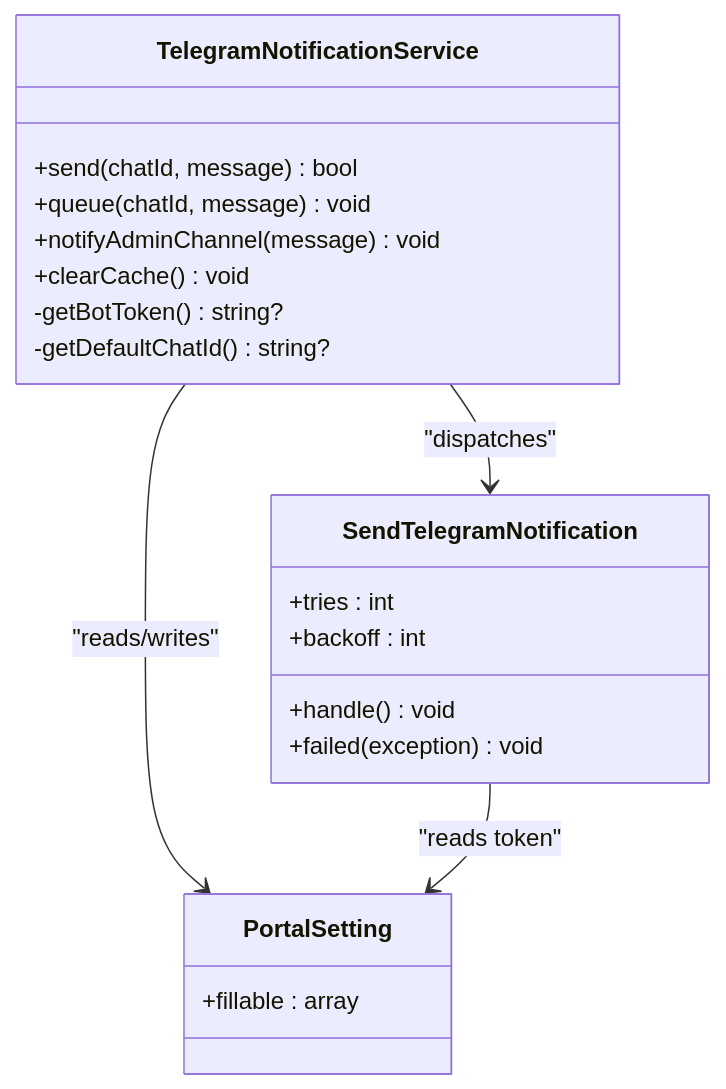
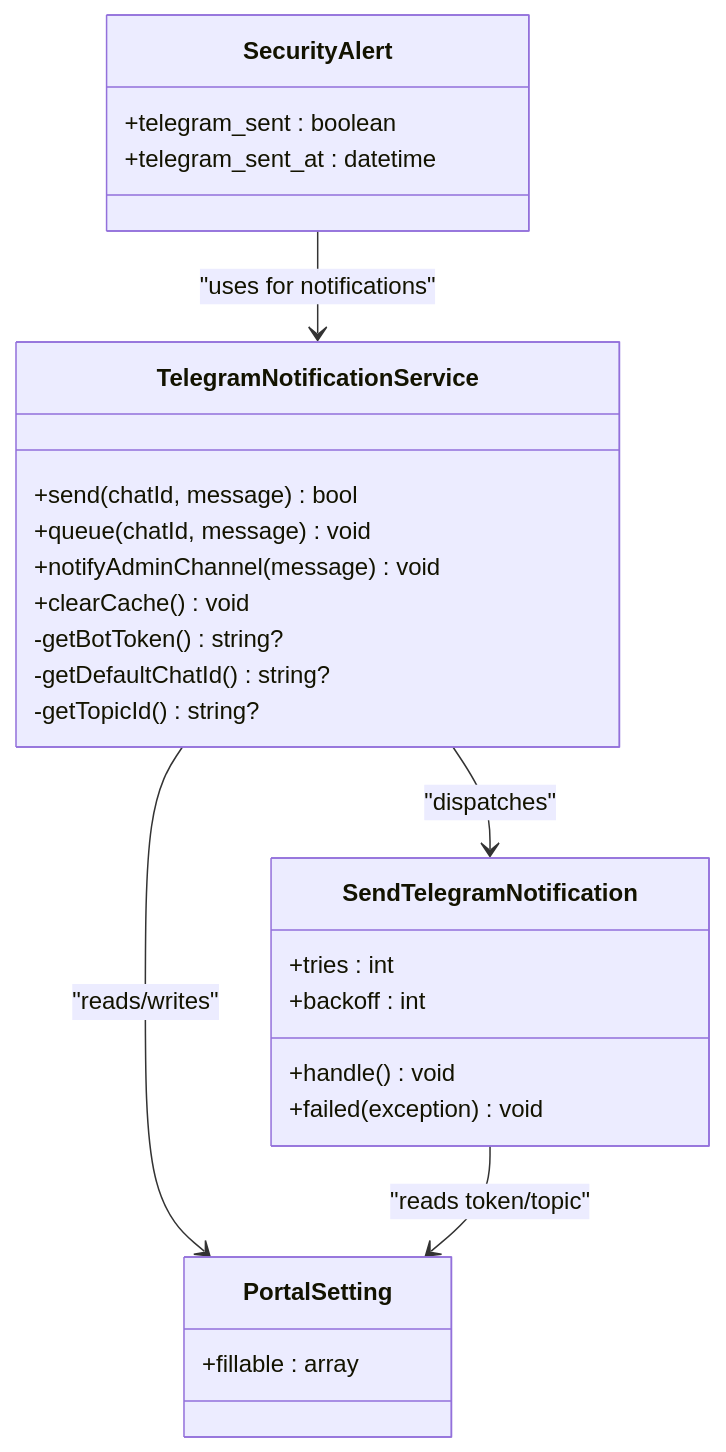
Before and after one commit to FCS-WP/website_portal: the third of 8 diagrams in .qoder/repowiki/en/content/Notification System/Notification System.md, drawn with Mermaid. The commit also changed other lines of this file and 37 other files, not shown here.

````diff
--- a/.qoder/repowiki/en/content/Notification System/Notification System.md
+++ b/.qoder/repowiki/en/content/Notification System/Notification System.md
@@ -143,23 +202,29 @@
 ```mermaid
 classDiagram
 class TelegramNotificationService {
 +send(chatId, message) bool
 +queue(chatId, message) void
 +notifyAdminChannel(message) void
 +clearCache() void
 -getBotToken() string?
 -getDefaultChatId() string?
+-getTopicId() string?
 }
 class SendTelegramNotification {
 +tries : int
 +backoff : int
 +handle() void
 +failed(exception) void
 }
 class PortalSetting {
 +fillable : array
 }
+class SecurityAlert {
++telegram_sent : boolean
++telegram_sent_at : datetime
+}
 TelegramNotificationService --> PortalSetting : "reads/writes"
 TelegramNotificationService --> SendTelegramNotification : "dispatches"
-SendTelegramNotification --> PortalSetting : "reads token"
+SendTelegramNotification --> PortalSetting : "reads token/topic"
+SecurityAlert --> TelegramNotificationService : "uses for notifications"
 ```
````
